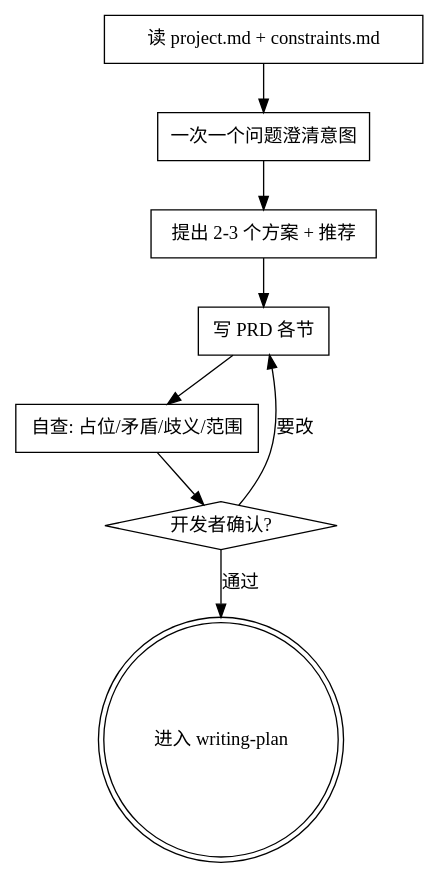
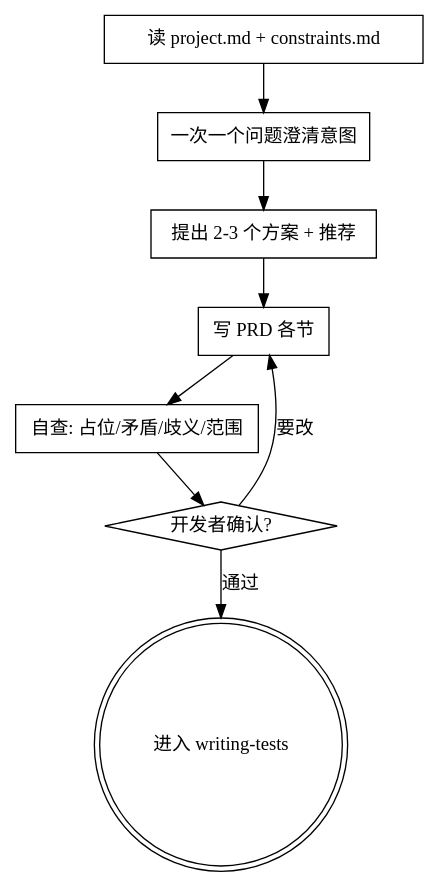
One commit to andoop/sandtable changed the diagram in skills/writing-prd/SKILL.md. Above: the diagram before and after it, drawn with Graphviz. The commit also changed other lines of this file and 44 other files, not shown here.

First line of the commit message:
feat(tests): 新增一等公民产物 tests.md + writing-tests 技能 + phase TESTCASES

````diff
--- a/skills/writing-prd/SKILL.md
+++ b/skills/writing-prd/SKILL.md
@@ -20,15 +20,15 @@
 ```dot
 digraph prd {
   "读 project.md + constraints.md" [shape=box];
   "一次一个问题澄清意图" [shape=box];
   "提出 2-3 个方案 + 推荐" [shape=box];
   "写 PRD 各节" [shape=box];
   "自查: 占位/矛盾/歧义/范围" [shape=box];
   "开发者确认?" [shape=diamond];
-  "进入 writing-plan" [shape=doublecircle];
+  "进入 writing-tests" [shape=doublecircle];
 
   "读 project.md + constraints.md" -> "一次一个问题澄清意图" -> "提出 2-3 个方案 + 推荐" -> "写 PRD 各节" -> "自查: 占位/矛盾/歧义/范围" -> "开发者确认?";
   "开发者确认?" -> "写 PRD 各节" [label="要改"];
-  "开发者确认?" -> "进入 writing-plan" [label="通过"];
+  "开发者确认?" -> "进入 writing-tests" [label="通过"];
 }
 ```
````
